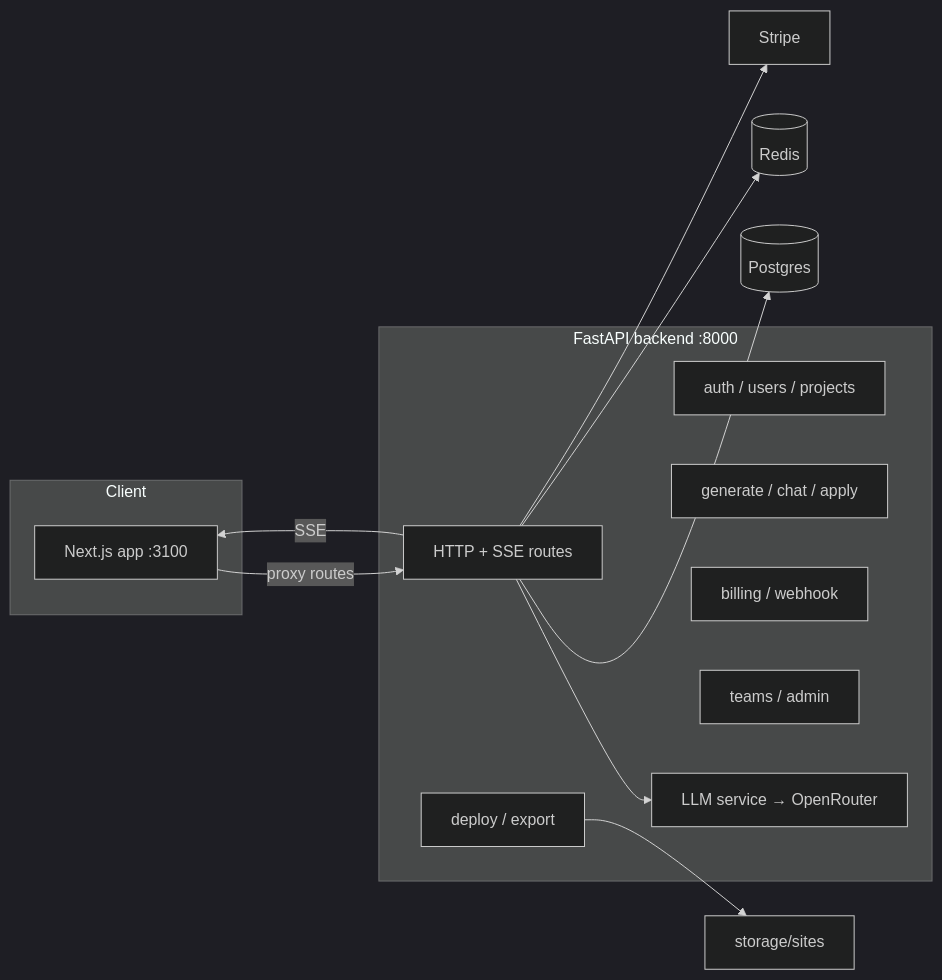
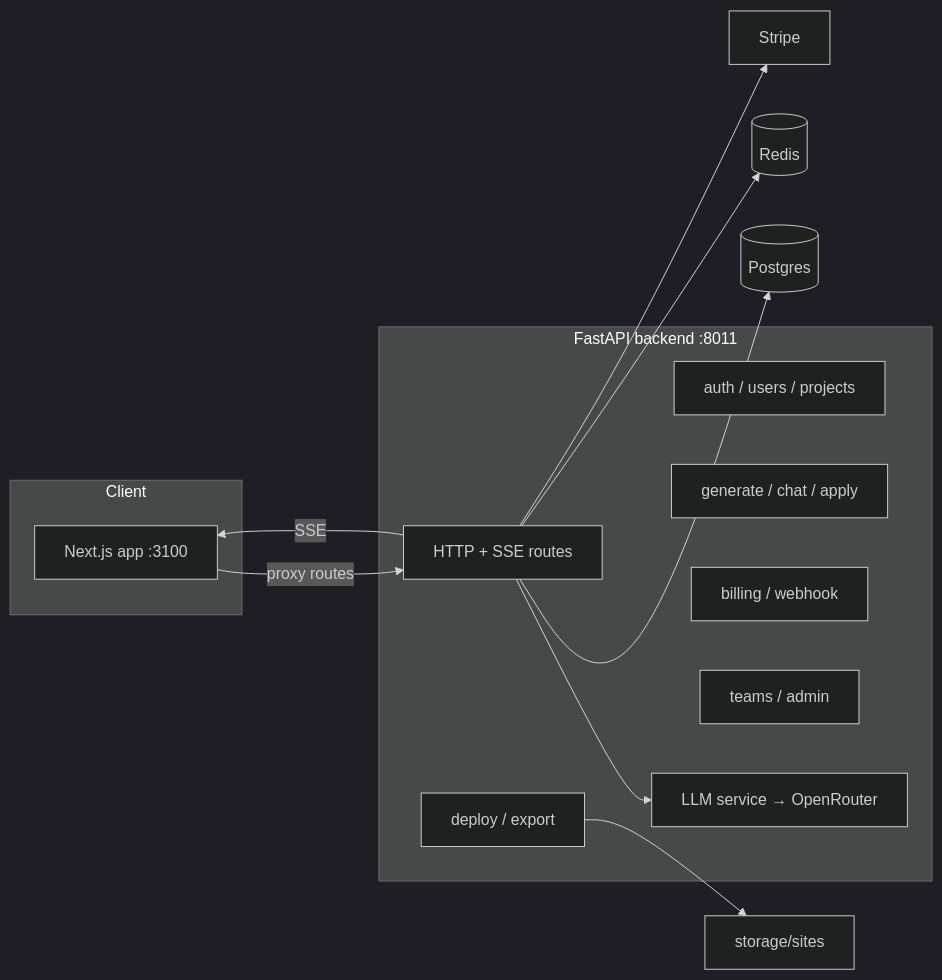
Before and after one commit to C-Jay69/HYDRAWEB_060726: the diagram in README.md, drawn with Mermaid (dark theme). The commit also changed other lines of this file and 21 other files, not shown here.

````diff
--- a/README.md
+++ b/README.md
@@ -92,29 +315,29 @@
 ```mermaid
 flowchart LR
   subgraph Client
     W[Next.js app :3100]
   end
 
-  subgraph API[FastAPI backend :8000]
+  subgraph API[FastAPI backend :8011]
     R[HTTP + SSE routes]
     A[auth / users / projects]
     G[generate / chat / apply]
     D[deploy / export]
     B[billing / webhook]
     T[teams / admin]
     LLM[LLM service → OpenRouter]
   end
 
   PG[(Postgres)]
   RD[(Redis)]
   ST[storage/sites]
   SP[Stripe]
 
   W -- proxy routes --> R
   R -- SSE --> W
   R --> LLM
   R --> PG
   R --> RD
   R --> SP
   D --> ST
 ```
````
